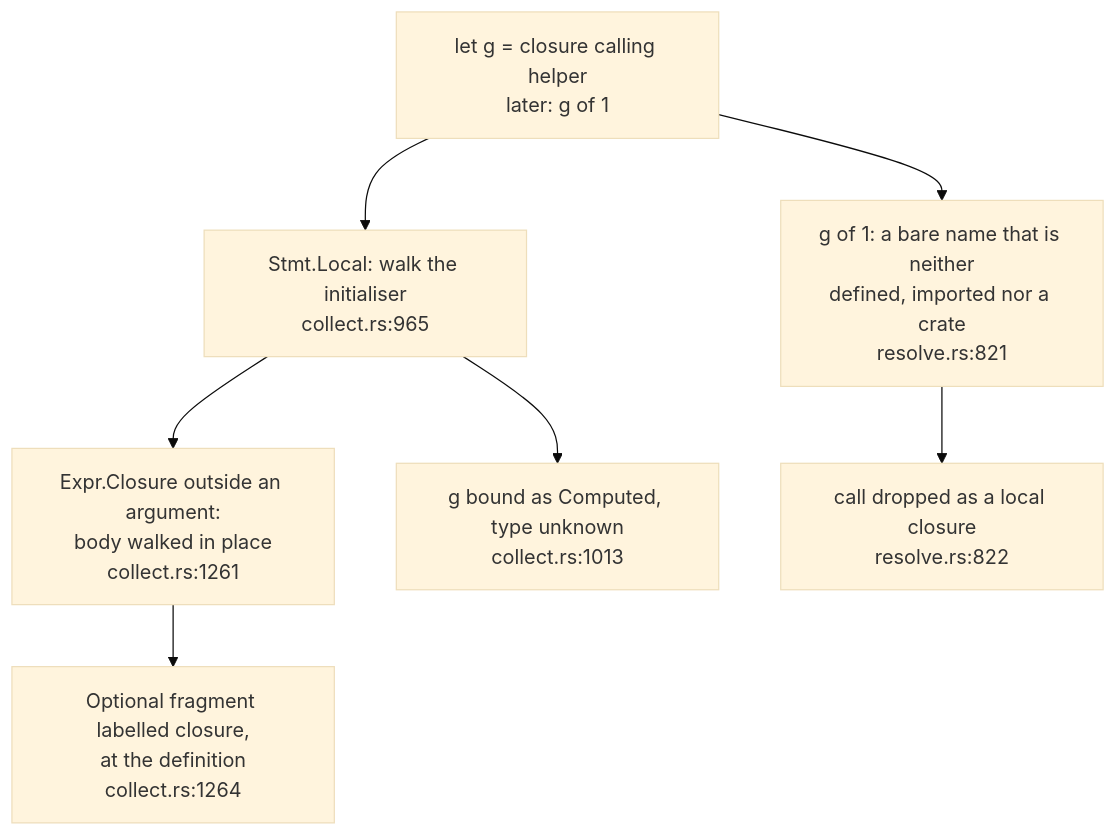
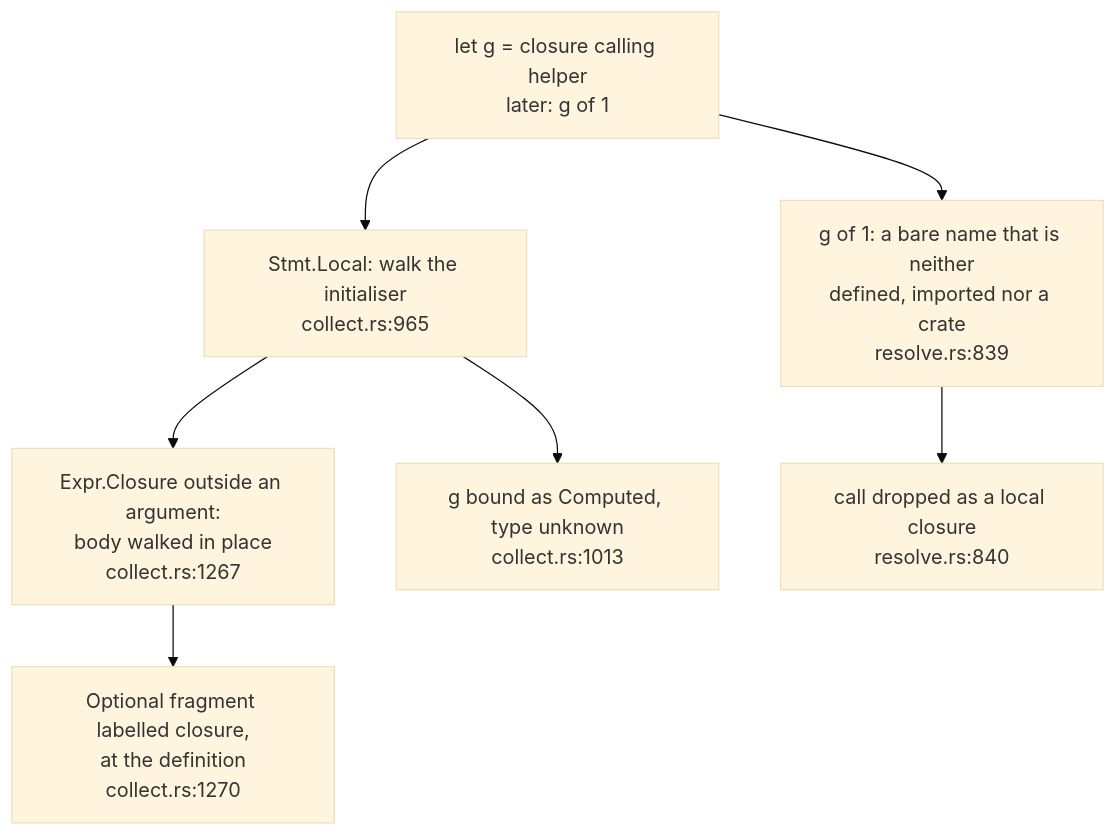
Before and after one commit to DreamLab-AI/codemaid: the fourth of 7 diagrams in docs/diagrams/extract/03-the-flow-walker-and-raw-ir.md, drawn with Mermaid (base theme). The commit also changed other lines of this file and 23 other files, not shown here.

````diff
--- a/docs/diagrams/extract/03-the-flow-walker-and-raw-ir.md
+++ b/docs/diagrams/extract/03-the-flow-walker-and-raw-ir.md
@@ -176,13 +176,13 @@
 ```mermaid
 flowchart TB
     SRC["let g = closure calling helper<br/>later: g of 1"]
     LOC["Stmt.Local: walk the initialiser<br/>collect.rs:965"]
-    CL["Expr.Closure outside an argument:<br/>body walked in place<br/>collect.rs:1261"]
-    OPT["Optional fragment labelled closure,<br/>at the definition<br/>collect.rs:1264"]
+    CL["Expr.Closure outside an argument:<br/>body walked in place<br/>collect.rs:1267"]
+    OPT["Optional fragment labelled closure,<br/>at the definition<br/>collect.rs:1270"]
     BIND["g bound as Computed, type unknown<br/>collect.rs:1013"]
-    CALL["g of 1: a bare name that is neither<br/>defined, imported nor a crate<br/>resolve.rs:821"]
-    DROP["call dropped as a local closure<br/>resolve.rs:822"]
+    CALL["g of 1: a bare name that is neither<br/>defined, imported nor a crate<br/>resolve.rs:839"]
+    DROP["call dropped as a local closure<br/>resolve.rs:840"]
     SRC --> LOC --> CL --> OPT
     LOC --> BIND
     SRC --> CALL --> DROP
 ```
````
